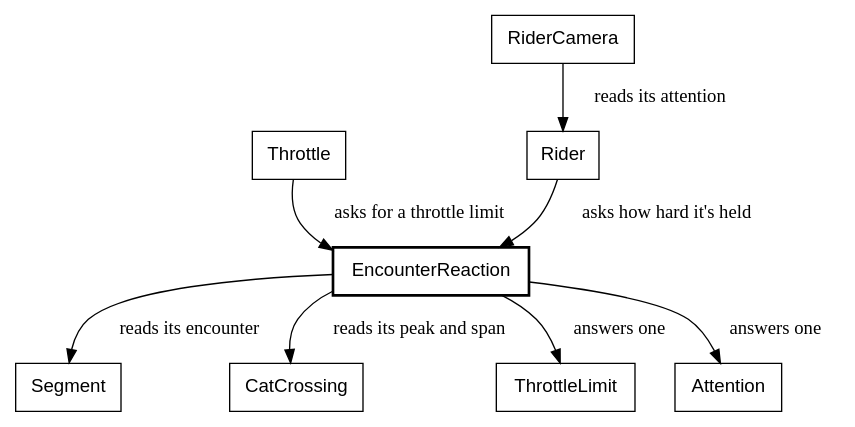
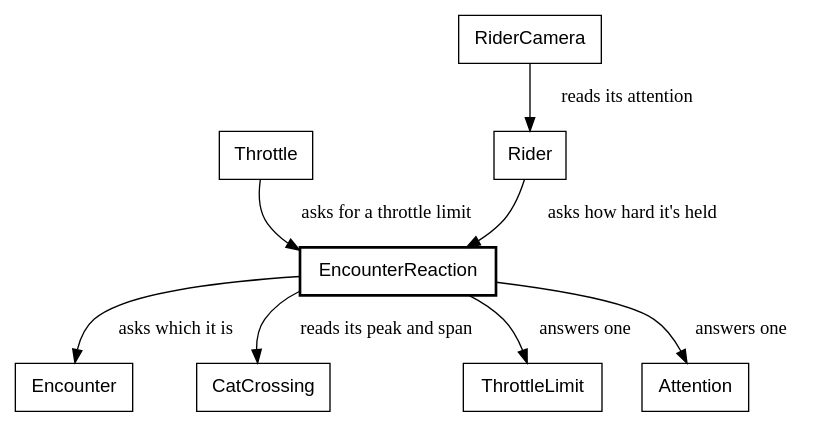
Before and after one commit to showell/roc-apps: diagram 24 of 30 in canvas_apps/safari/tutorial/tutorial.md, drawn with Graphviz. The commit also changed other lines of this file and 12 other files, not shown here.

First line of the commit message:
safari: Encounter gets a module; EncounterReaction takes the encounter

````diff
--- a/canvas_apps/safari/tutorial/tutorial.md
+++ b/canvas_apps/safari/tutorial/tutorial.md
@@ -2485,13 +2485,13 @@
 ```dot
 digraph reaction {
   node [shape=box, fontname="Helvetica"];
   EncounterReaction [style=bold];
   Throttle -> EncounterReaction [label="  asks for a throttle limit"];
   Rider -> EncounterReaction [label="  asks how hard it's held"];
   RiderCamera -> Rider [label="  reads its attention"];
-  EncounterReaction -> Segment [label="  reads its encounter"];
+  EncounterReaction -> Encounter [label="  asks which it is"];
   EncounterReaction -> CatCrossing [label="  reads its peak and span"];
   EncounterReaction -> ThrottleLimit [label="  answers one"];
   EncounterReaction -> Attention [label="  answers one"];
 }
 ```
````
